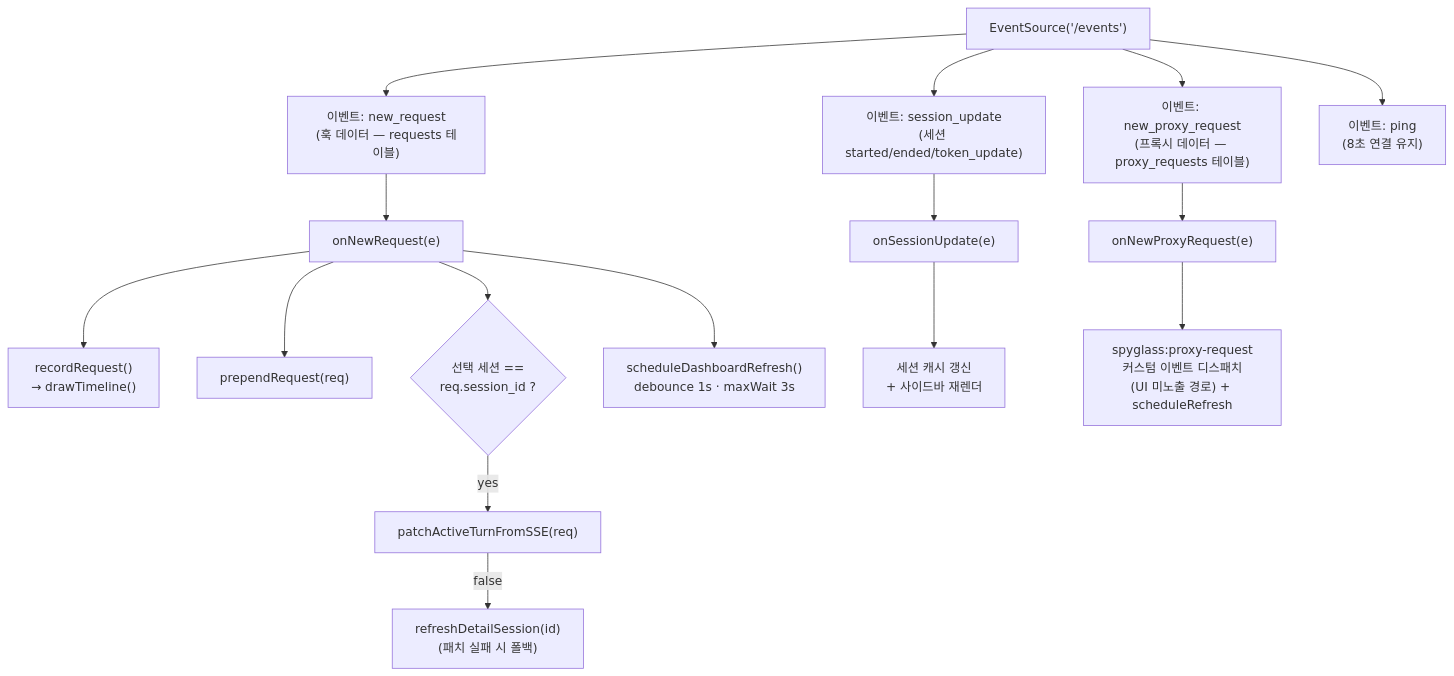
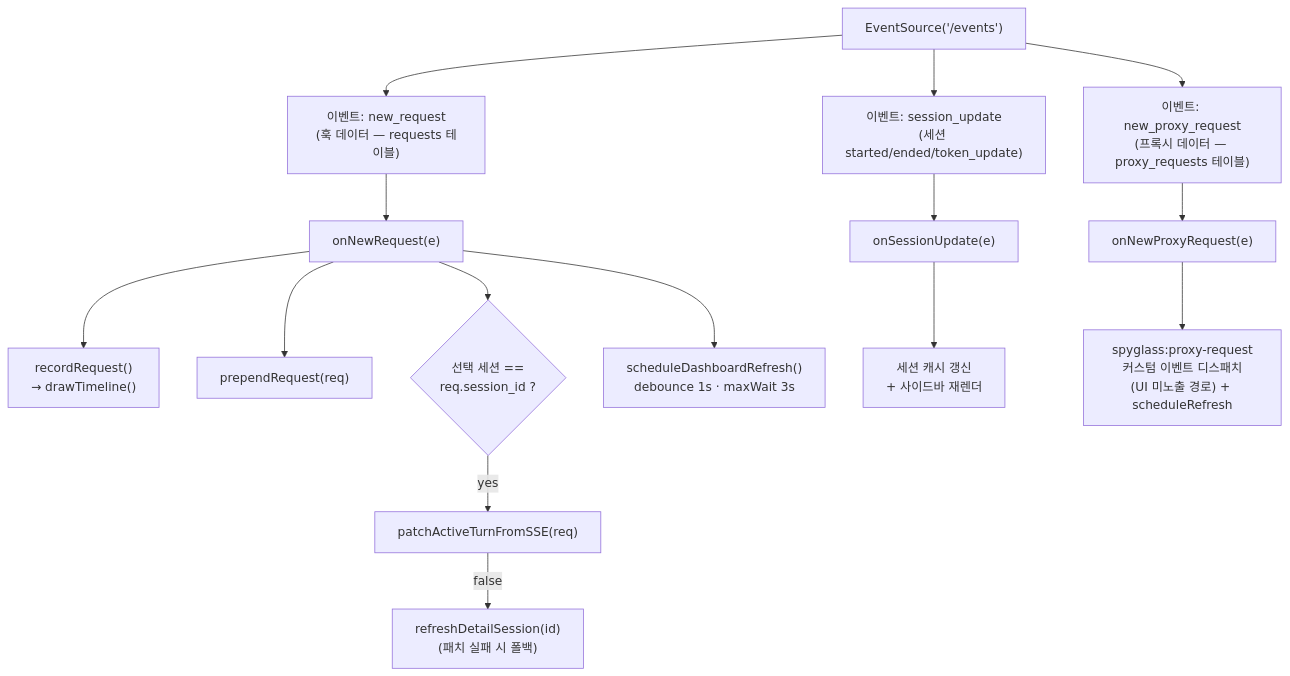
The second of 2 diagrams in docs/architecture/web-dashboard.md (gmoon92/claude-spyglass), drawn with Mermaid before and after one commit. The commit also changed other lines of this file and 9 other files, not shown here.

Commit message:
docs(architecture): 아키텍처 문서 소스 기준 현행화

````diff
--- a/docs/architecture/web-dashboard.md
+++ b/docs/architecture/web-dashboard.md
@@ -357,39 +371,37 @@
 ```mermaid
 flowchart TD
   EventSource["EventSource('/events')"]
 
   new_request["이벤트: new_request\n(훅 데이터 — requests 테이블)"]
   new_proxy_request["이벤트: new_proxy_request\n(프록시 데이터 — proxy_requests 테이블)"]
   session_update["이벤트: session_update\n(세션 started/ended/token_update)"]
-  ping["이벤트: ping\n(8초 연결 유지)"]
 
   onNewRequest["onNewRequest(e)"]
   onNewProxyRequest["onNewProxyRequest(e)"]
   onSessionUpdate["onSessionUpdate(e)"]
 
   recordRequest["recordRequest()\n→ drawTimeline()"]
   prependRequest["prependRequest(req)"]
   detailSel{"선택 세션 ==\nreq.session_id ?"}
   patchTurn["patchActiveTurnFromSSE(req)"]
   refreshDetail["refreshDetailSession(id)\n(패치 실패 시 폴백)"]
   scheduleRefresh["scheduleDashboardRefresh()\ndebounce 1s · maxWait 3s"]
 
   EventSource --> new_request
   EventSource --> new_proxy_request
   EventSource --> session_update
-  EventSource --> ping
 
   new_request --> onNewRequest
   new_proxy_request --> onNewProxyRequest
   session_update --> onSessionUpdate
 
   onNewRequest --> recordRequest
   onNewRequest --> prependRequest
   onNewRequest --> detailSel
   detailSel -->|yes| patchTurn
   patchTurn -->|false| refreshDetail
   onNewRequest --> scheduleRefresh
 
   onSessionUpdate --> sidebarUpdate["세션 캐시 갱신\n+ 사이드바 재렌더"]
   onNewProxyRequest --> proxyFeed["spyglass:proxy-request\n커스텀 이벤트 디스패치\n(UI 미노출 경로) + scheduleRefresh"]
 ```
````
